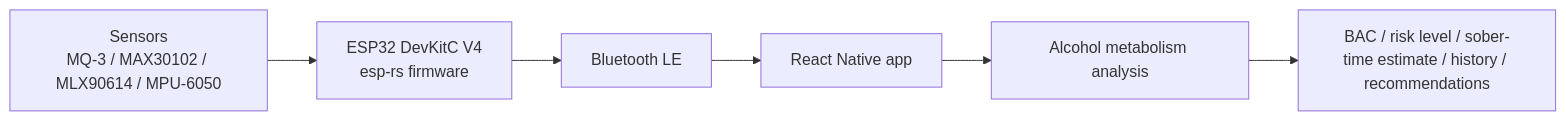
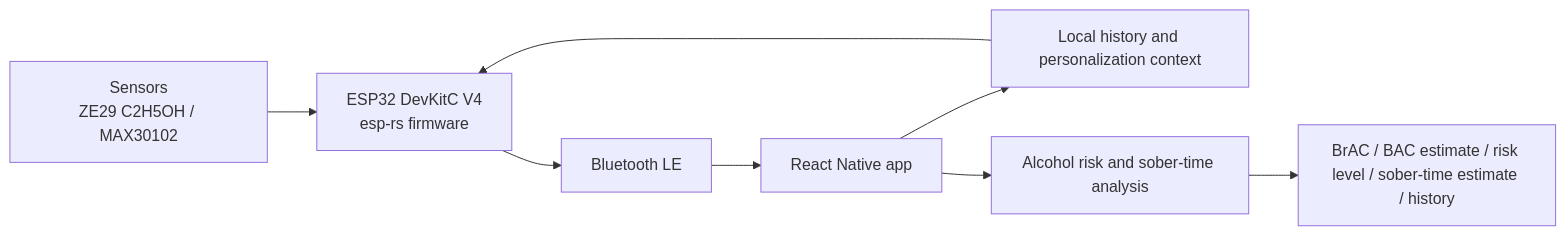
The diagram in README.md (insd47/Drunksafe), drawn with Mermaid before and after one commit. The commit also changed other lines of this file and 12 other files, not shown here.

````diff
--- a/README.md
+++ b/README.md
@@ -40,8 +40,10 @@
 ```mermaid
 flowchart LR
-    Sensors["Sensors\nMQ-3 / MAX30102 / MLX90614 / MPU-6050"] --> Firmware["ESP32 DevKitC V4\nesp-rs firmware"]
+    Sensors["Sensors\nZE29 C2H5OH / MAX30102"] --> Firmware["ESP32 DevKitC V4\nesp-rs firmware"]
     Firmware --> BLE["Bluetooth LE"]
     BLE --> App["React Native app"]
-    App --> Analysis["Alcohol metabolism analysis"]
-    Analysis --> Output["BAC / risk level / sober-time estimate / history / recommendations"]
+    App --> History["Local history and personalization context"]
+    History --> Firmware
+    App --> Analysis["Alcohol risk and sober-time analysis"]
+    Analysis --> Output["BrAC / BAC estimate / risk level / sober-time estimate / history"]
 ```
````
